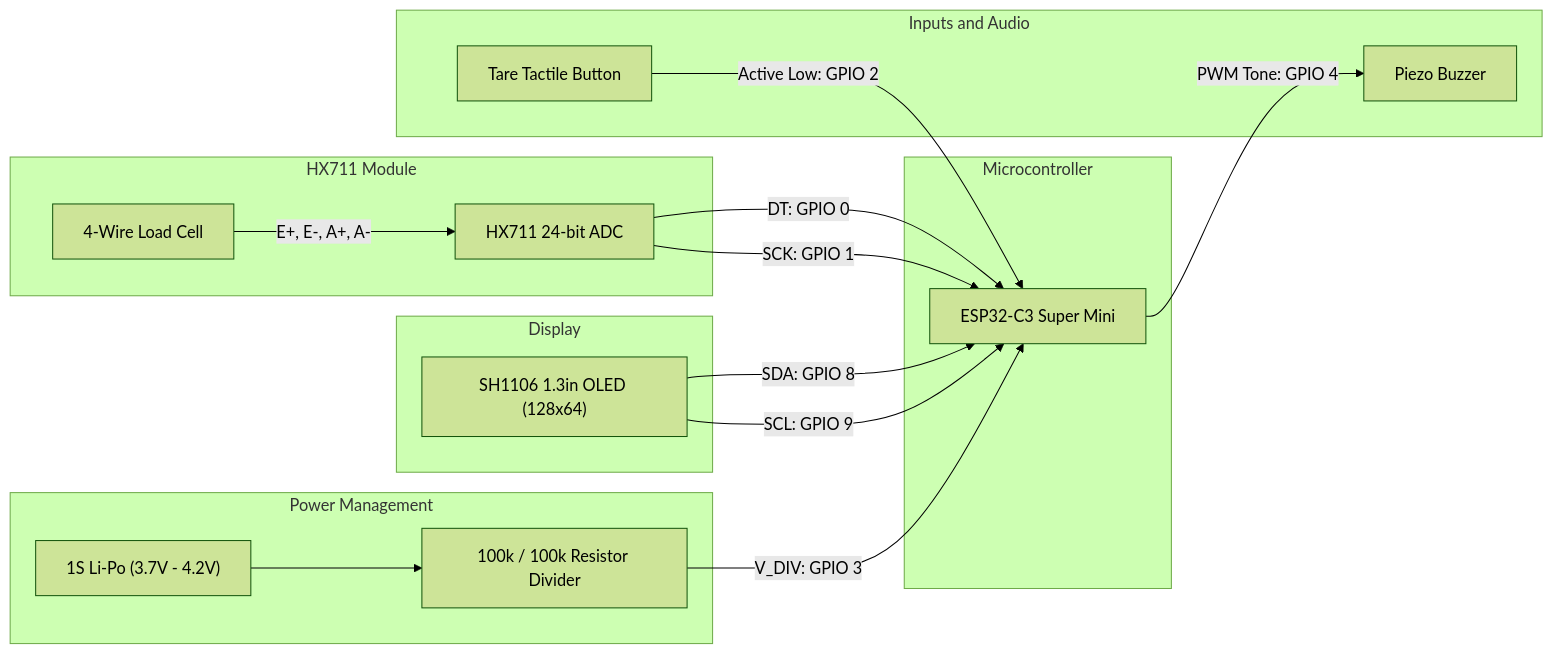
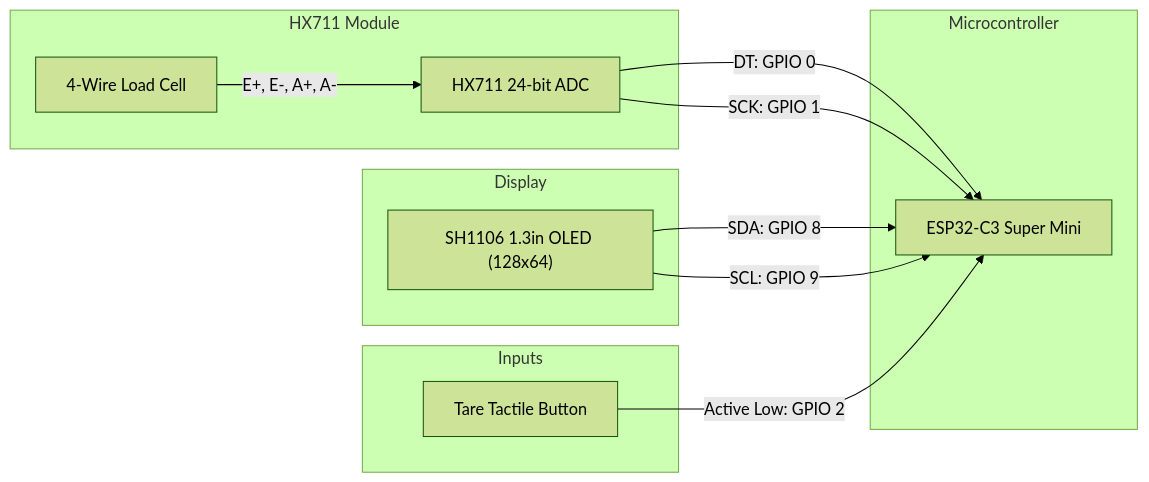
Before and after one commit to AtaCanYmc/SmartcaleESP32: the diagram in docs/hardware.md, drawn with Mermaid (forest theme). The commit also changed other lines of this file and 15 other files, not shown here.

Commit message:
feat: simplify tare execution flow and remove buzzer references from documentation

````diff
--- a/docs/hardware.md
+++ b/docs/hardware.md
@@ -29,35 +27,26 @@
 ```mermaid
 flowchart LR
     subgraph Microcontroller
         ESP["ESP32-C3 Super Mini"]
     end
 
     subgraph HX711 Module
         HX["HX711 24-bit ADC"]
         LC["4-Wire Load Cell"]
         LC -->|"E+, E-, A+, A-"| HX
     end
 
     subgraph Display
         OLED["SH1106 1.3in OLED (128x64)"]
     end
 
-    subgraph Power Management
-        BATT["1S Li-Po (3.7V - 4.2V)"]
-        DIV["100k / 100k Resistor Divider"]
-        BATT --> DIV
-    end
-
-    subgraph Inputs and Audio
+    subgraph Inputs
         BTN["Tare Tactile Button"]
-        BUZ["Piezo Buzzer"]
     end
 
     HX -->|"DT: GPIO 0"| ESP
     HX -->|"SCK: GPIO 1"| ESP
     OLED -->|"SDA: GPIO 8"| ESP
     OLED -->|"SCL: GPIO 9"| ESP
-    DIV -->|"V_DIV: GPIO 3"| ESP
     BTN -->|"Active Low: GPIO 2"| ESP
-    ESP -->|"PWM Tone: GPIO 4"| BUZ
 ```
````
